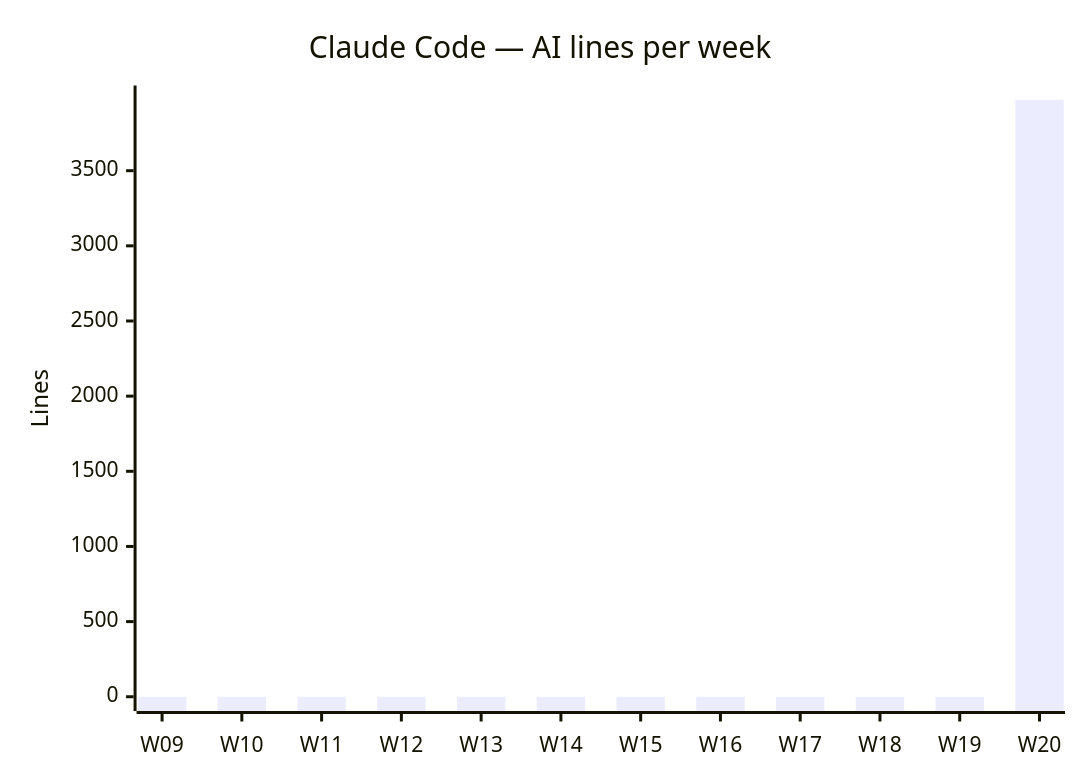
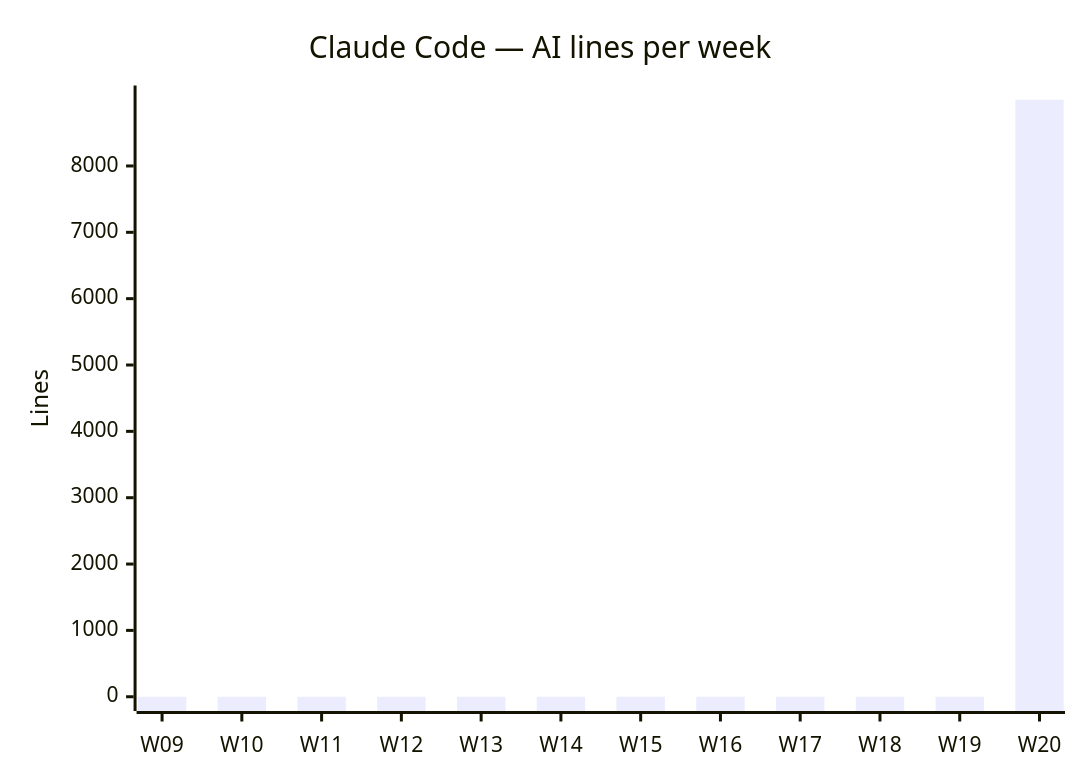
The second of 4 diagrams in docs/AI_USAGE.md (fromwaydowntown/ai-use), drawn with Mermaid before and after one commit. The commit also changed other lines of this file, not shown here.

````diff
--- a/docs/AI_USAGE.md
+++ b/docs/AI_USAGE.md
@@ -29,7 +29,7 @@
 ```mermaid
 xychart-beta
     title "Claude Code — AI lines per week"
     x-axis ["W09", "W10", "W11", "W12", "W13", "W14", "W15", "W16", "W17", "W18", "W19", "W20"]
     y-axis "Lines"
-    bar [0, 0, 0, 0, 0, 0, 0, 0, 0, 0, 0, 3972]
+    bar [0, 0, 0, 0, 0, 0, 0, 0, 0, 0, 0, 8998]
 ```
````
